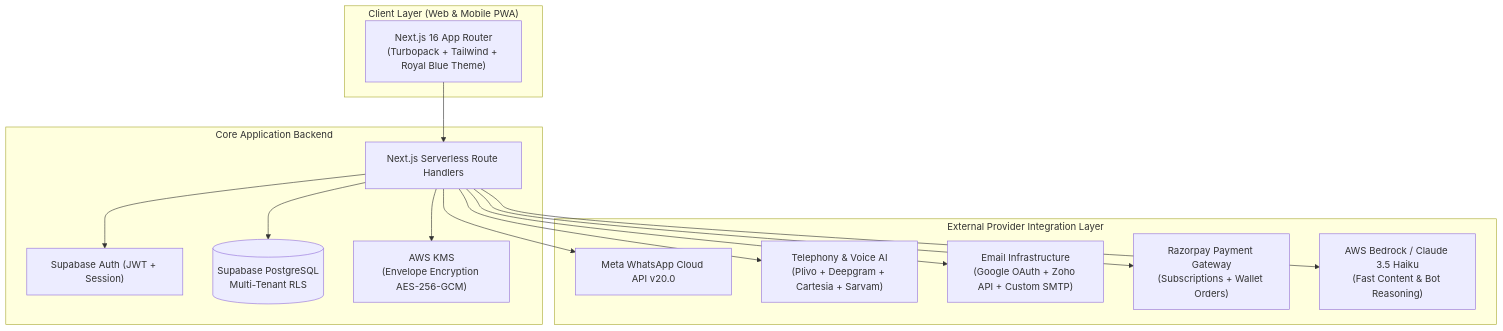
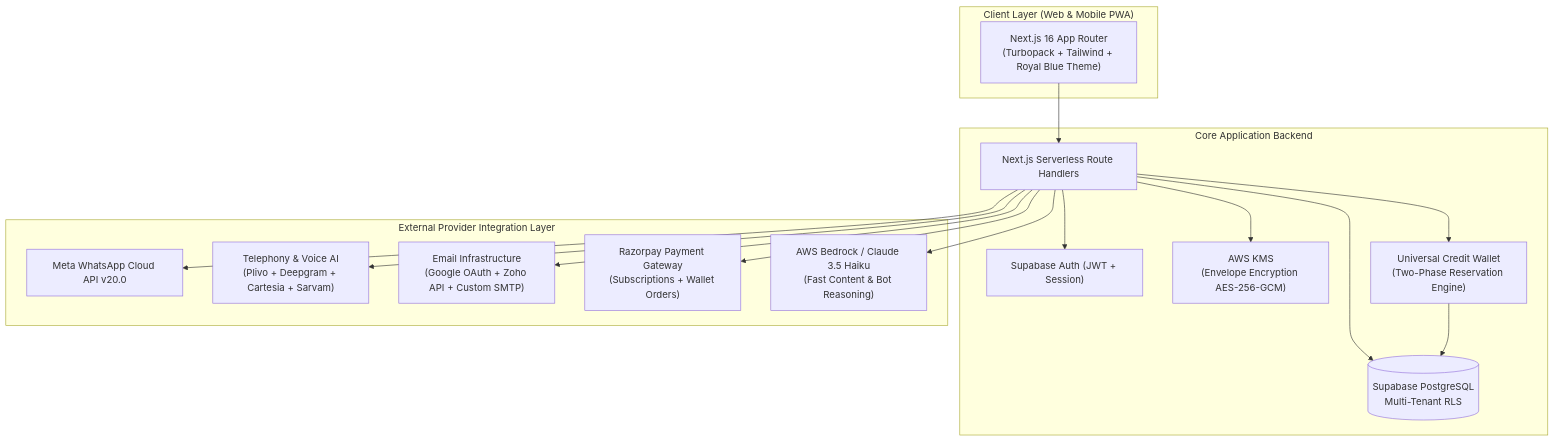
One commit to UtarshM/spirintwhtsapp changed the first of 2 diagrams in docs/LEADPILOT_PRD.md. Above: the diagram before and after it, drawn with Mermaid. The commit also changed other lines of this file, not shown here.

Commit message:
docs(prd): add comprehensive Credit System mechanics, Two-Phase reservation engine, 24 REST APIs, and TypeScript algorithms

````diff
--- a/docs/LEADPILOT_PRD.md
+++ b/docs/LEADPILOT_PRD.md
@@ -67,31 +57,34 @@
 ```mermaid
 flowchart TD
     subgraph ClientLayer ["Client Layer (Web & Mobile PWA)"]
         UI["Next.js 16 App Router\n(Turbopack + Tailwind + Royal Blue Theme)"]
     end
 
     subgraph CoreBackend ["Core Application Backend"]
         API["Next.js Serverless Route Handlers"]
         Auth["Supabase Auth (JWT + Session)"]
         DB[(Supabase PostgreSQL\nMulti-Tenant RLS)]
         KMS["AWS KMS\n(Envelope Encryption AES-256-GCM)"]
+        Wallet["Universal Credit Wallet\n(Two-Phase Reservation Engine)"]
     end
 
     subgraph ProviderLayer ["External Provider Integration Layer"]
         META["Meta WhatsApp Cloud API v20.0"]
         VOICE["Telephony & Voice AI\n(Plivo + Deepgram + Cartesia + Sarvam)"]
         EMAIL["Email Infrastructure\n(Google OAuth + Zoho API + Custom SMTP)"]
         PAY["Razorpay Payment Gateway\n(Subscriptions + Wallet Orders)"]
         AI["AWS Bedrock / Claude 3.5 Haiku\n(Fast Content & Bot Reasoning)"]
     end
 
     UI --> API
     API --> Auth
     API --> DB
     API --> KMS
+    API --> Wallet
+    Wallet --> DB
     API --> META
     API --> VOICE
     API --> EMAIL
     API --> PAY
     API --> AI
 ```
````
